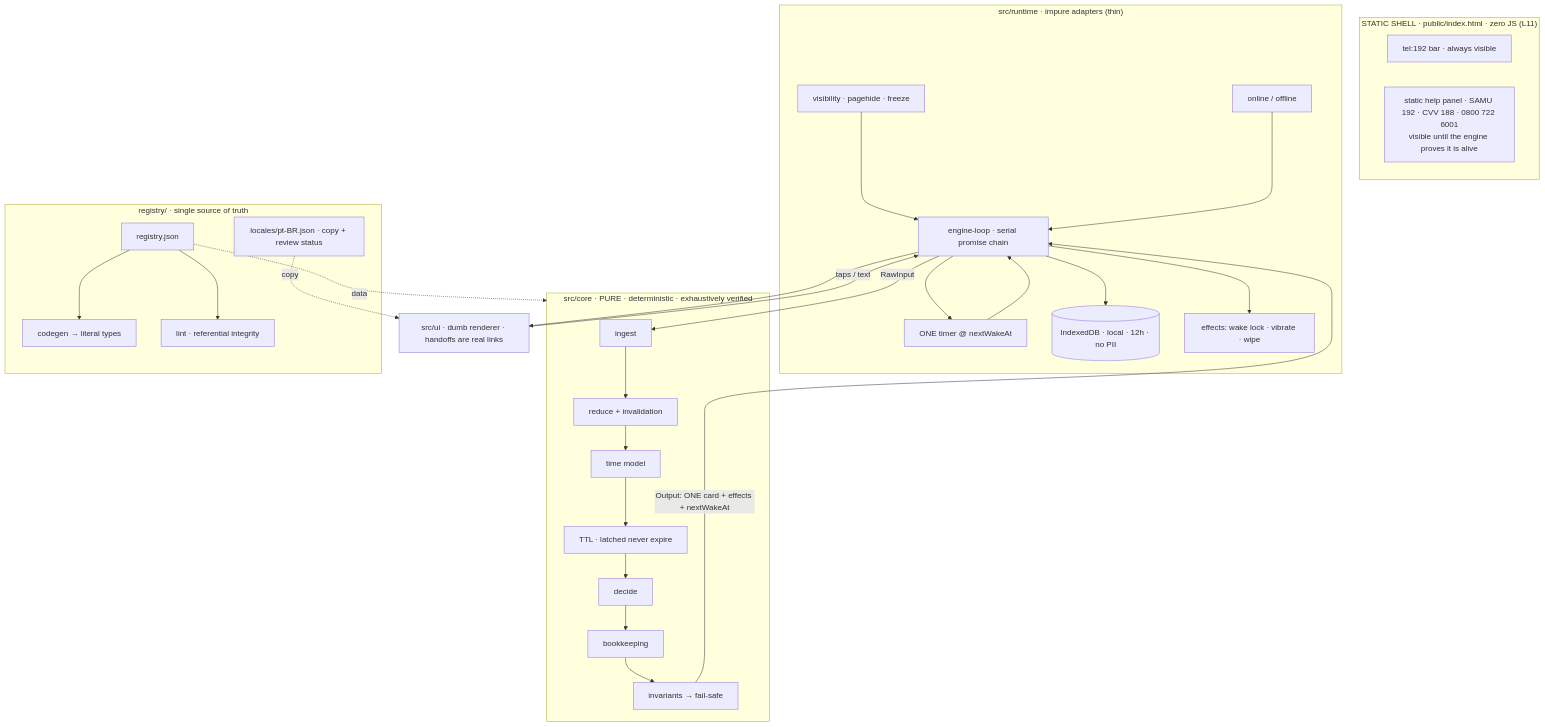
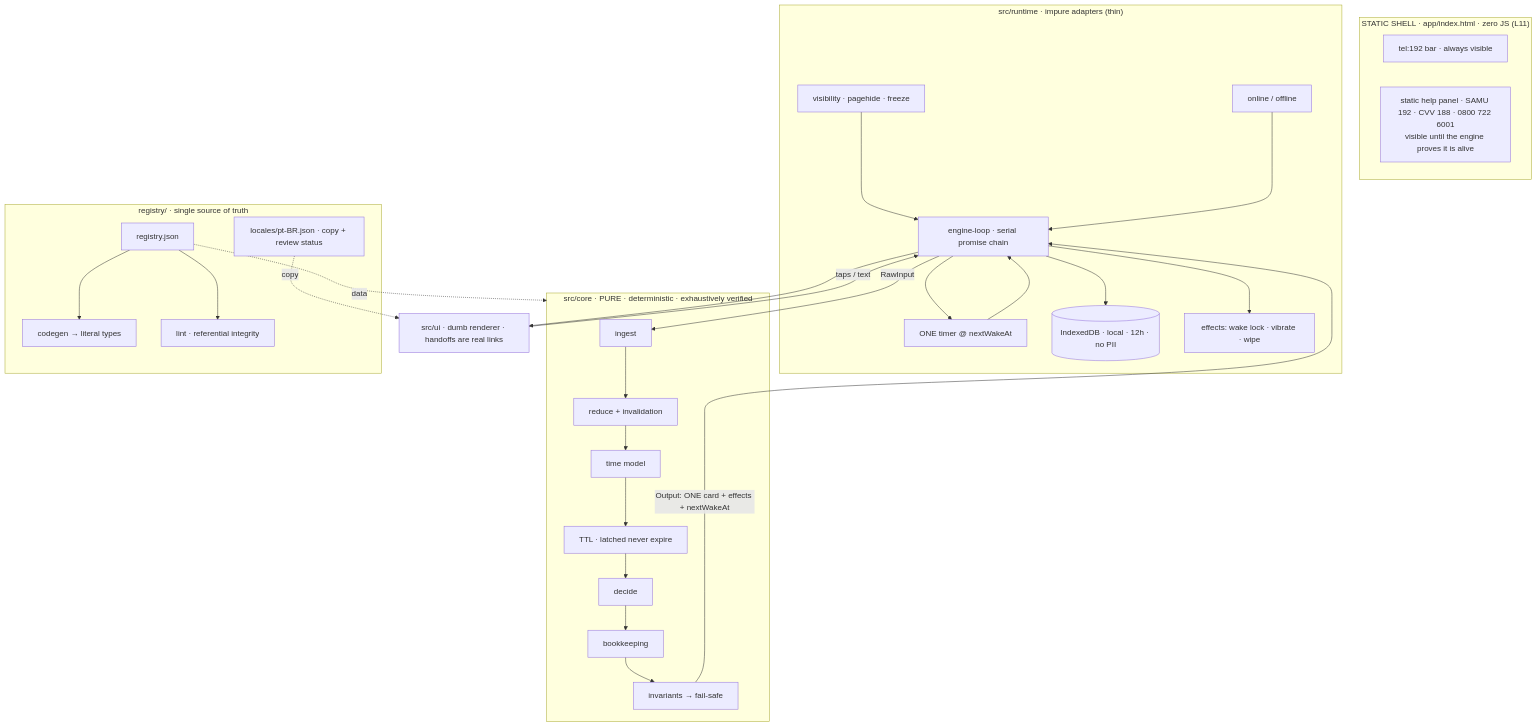
The first of 6 diagrams in app/_system/blueprint.md (apollorio/sos), drawn with Mermaid before and after one commit. The commit also changed other lines of this file and 9 other files, not shown here.

````diff
--- a/app/_system/blueprint.md
+++ b/app/_system/blueprint.md
@@ -116,31 +116,31 @@
 ```mermaid
 flowchart TB
-  subgraph SHELL["STATIC SHELL · public/index.html · zero JS (L11)"]
+  subgraph SHELL["STATIC SHELL · app/index.html · zero JS (L11)"]
     SOS["tel:192 bar · always visible"]
     HELP["static help panel · SAMU 192 · CVV 188 · 0800 722 6001<br/>visible until the engine proves it is alive"]
   end
   subgraph RUNTIME["src/runtime · impure adapters (thin)"]
     VIS["visibility · pagehide · freeze"]
     NET["online / offline"]
     TMR["ONE timer @ nextWakeAt"]
     STO[("IndexedDB · local · 12h · no PII")]
     FX["effects: wake lock · vibrate · wipe"]
     LOOP["engine-loop · serial promise chain"]
   end
   subgraph CORE["src/core · PURE · deterministic · exhaustively verified"]
     ING[ingest] --> RED[reduce + invalidation] --> TIME[time model] --> TTL[TTL · latched never expire] --> DEC[decide] --> BK[bookkeeping] --> INV[invariants → fail-safe]
   end
   subgraph REG["registry/ · single source of truth"]
     RJ["registry.json"] --> GEN["codegen → literal types"]
     RJ --> LINT["lint · referential integrity"]
     LOC["locales/pt-BR.json · copy + review status"]
   end
   UI["src/ui · dumb renderer · handoffs are real links"]
   VIS & NET & TMR --> LOOP
   UI -- taps / text --> LOOP
   LOOP -- RawInput --> ING
   INV -- "Output: ONE card + effects + nextWakeAt" --> LOOP
   LOOP --> STO & FX & UI & TMR
   RJ -. data .-> CORE
   LOC -. copy .-> UI
 ```
````
